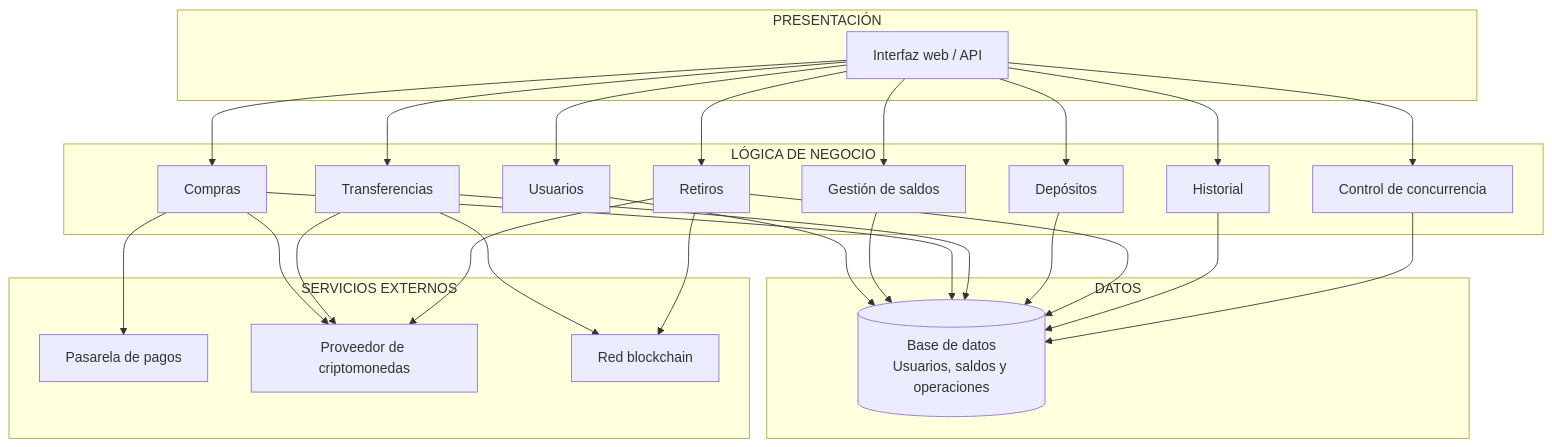
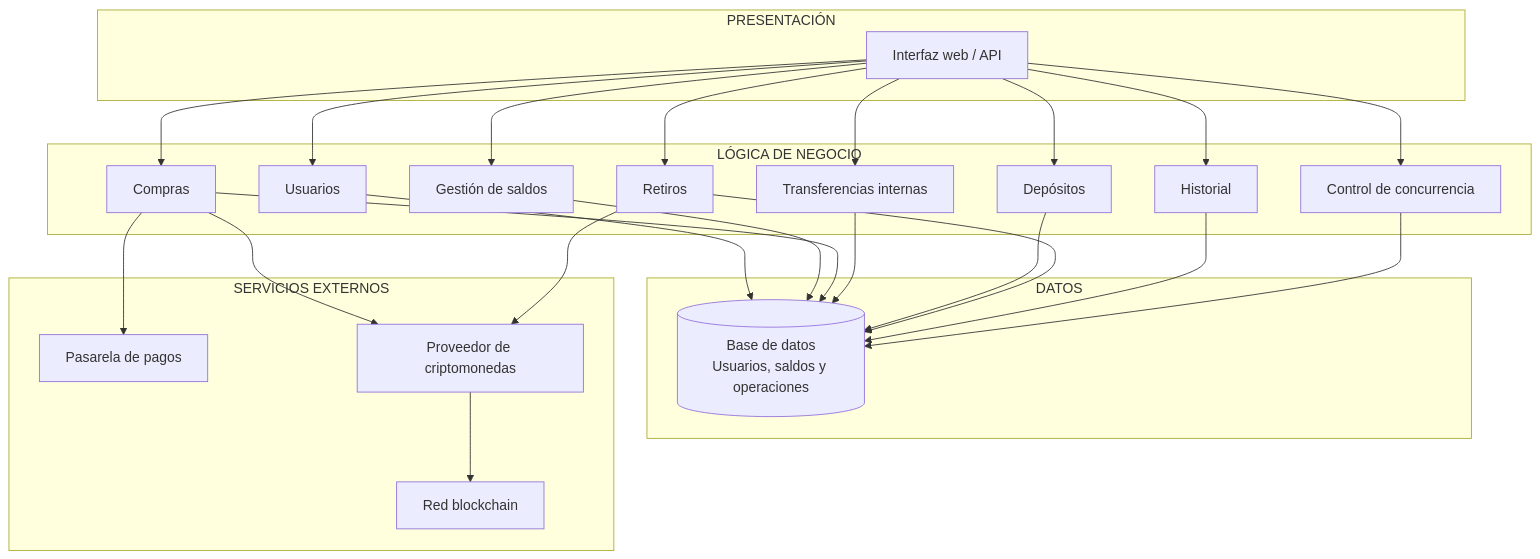
Before and after one commit to B3L70N/Flexcoin-arquitSoft-02-Jordy-Huaman: the first of 2 diagrams in docs/02-arquitectura-software/arquitectura-inicial.md, drawn with Mermaid. The commit also changed other lines of this file and 20 other files, not shown here.

````diff
--- a/docs/02-arquitectura-software/arquitectura-inicial.md
+++ b/docs/02-arquitectura-software/arquitectura-inicial.md
@@ -11,52 +13,50 @@
 ```mermaid
 flowchart TD
     subgraph Presentacion["PRESENTACIÓN"]
         P[Interfaz web / API]
     end
 
     subgraph Negocio["LÓGICA DE NEGOCIO"]
         N1[Usuarios]
         N2[Gestión de saldos]
         N3[Compras]
-        N4[Transferencias]
+        N4[Transferencias internas]
         N5[Depósitos]
         N6[Retiros]
         N7[Historial]
         N8[Control de concurrencia]
     end
 
     subgraph Datos["DATOS"]
         D[(Base de datos<br/>Usuarios, saldos y operaciones)]
     end
 
     subgraph Externos["SERVICIOS EXTERNOS"]
         E1[Pasarela de pagos]
         E2[Proveedor de criptomonedas]
         E3[Red blockchain]
     end
 
     P --> N1
     P --> N2
     P --> N3
     P --> N4
     P --> N5
     P --> N6
     P --> N7
     P --> N8
 
     N1 --> D
     N2 --> D
     N3 --> D
     N4 --> D
     N5 --> D
     N6 --> D
     N7 --> D
     N8 --> D
 
     N3 --> E1
     N3 --> E2
-    N4 --> E2
-    N4 --> E3
     N6 --> E2
-    N6 --> E3
+    E2 --> E3
 ```
````
